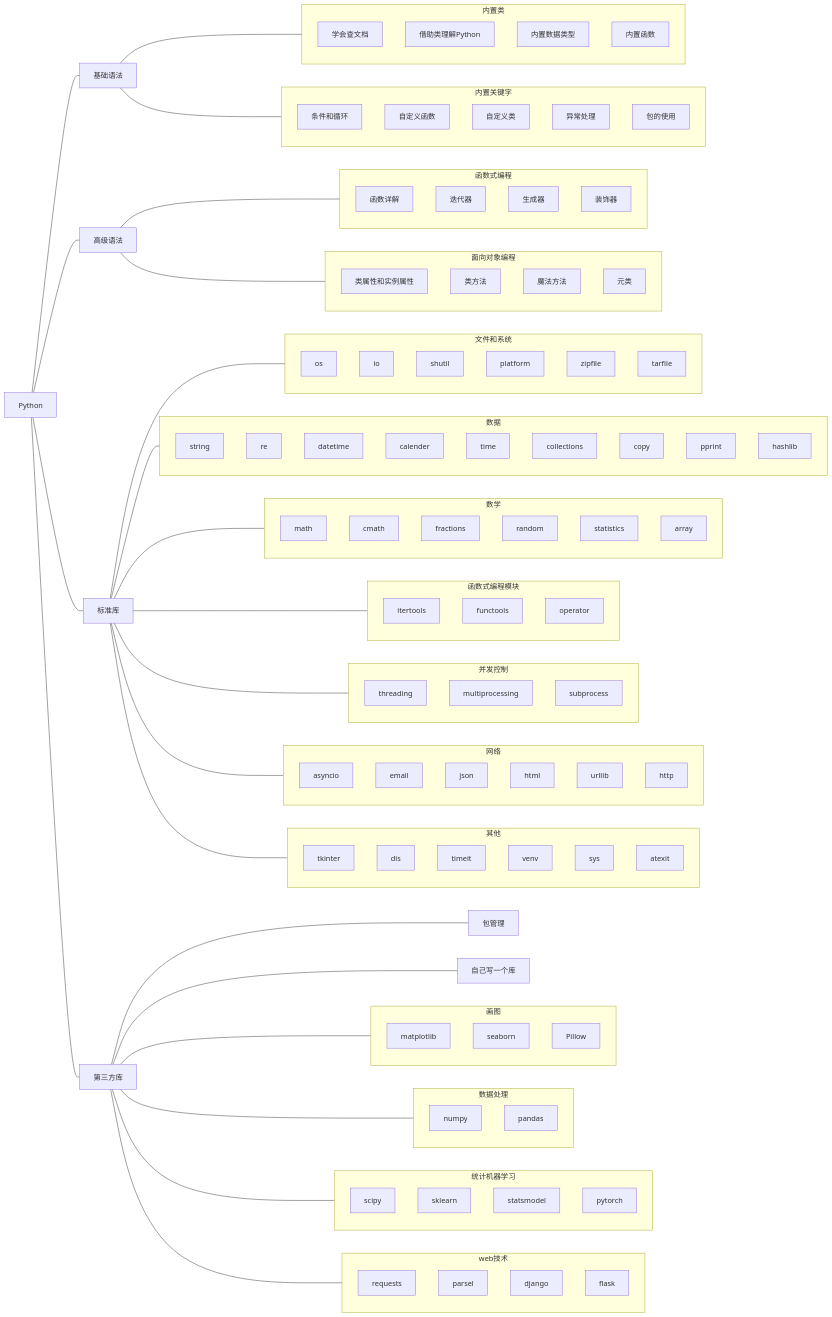
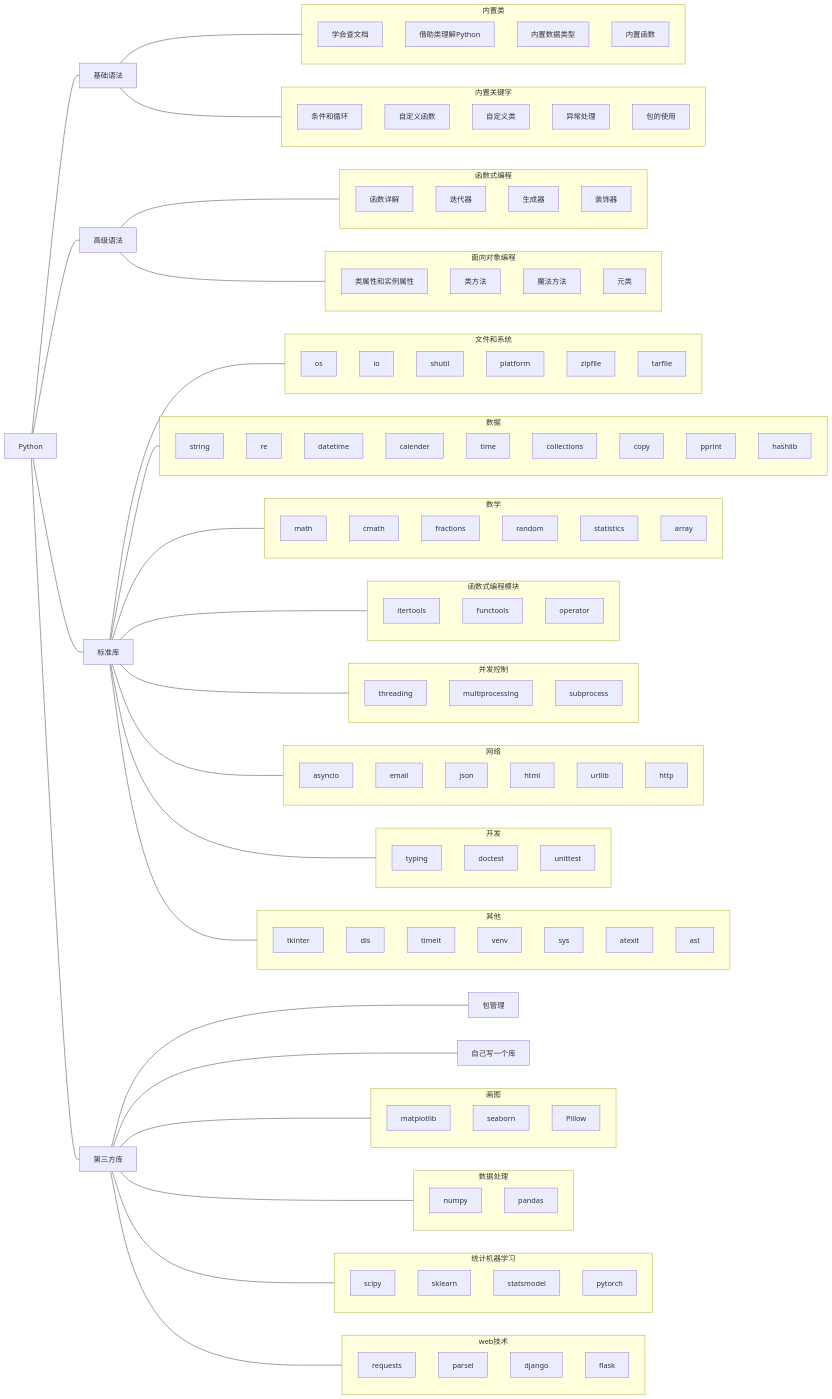
Before and after one commit to AIboy996/AIboy996.GitHub.io: the diagram in docs/Python/index.md, drawn with Mermaid. The commit also changed 5 other files, not shown here.

```diff
--- a/docs/Python/index.md
+++ b/docs/Python/index.md
@@ -133,10 +133,13 @@
     subgraph 网络
     asyncio;email; json; html; urllib; http;
     end
+    subgraph 开发
+    typing;doctest;unittest;
+    end
     subgraph 其他
-    tkinter;dis;timeit;venv;sys;atexit;dis
+    tkinter;dis;timeit;venv;sys;atexit;ast;
     end
-    标准库 --- 文件和系统 & 数据 & 数学 & 函数式编程模块 & 并发控制 & 网络 & 其他
+    标准库 --- 文件和系统 & 数据 & 数学 & 函数式编程模块 & 并发控制 & 网络 & 开发 & 其他
     click Python "."
     %% 基础语法
     click 学会查文档 "./BasicSyntax/builtin_class/#dirhelp"
@@ -161,6 +164,7 @@
     click os "./StandardLibrary/os/"
     click re "./StandardLibrary/re/"
     click time "./StandardLibrary/time/"
+    click doctest "./StandardLibrary/doctest/"
     %% 第三方库
     click 包管理 "./ThirdPartyLibrary/package_management/"
     click 自己写一个库 "./ThirdPartyLibrary/DIY/"
```
